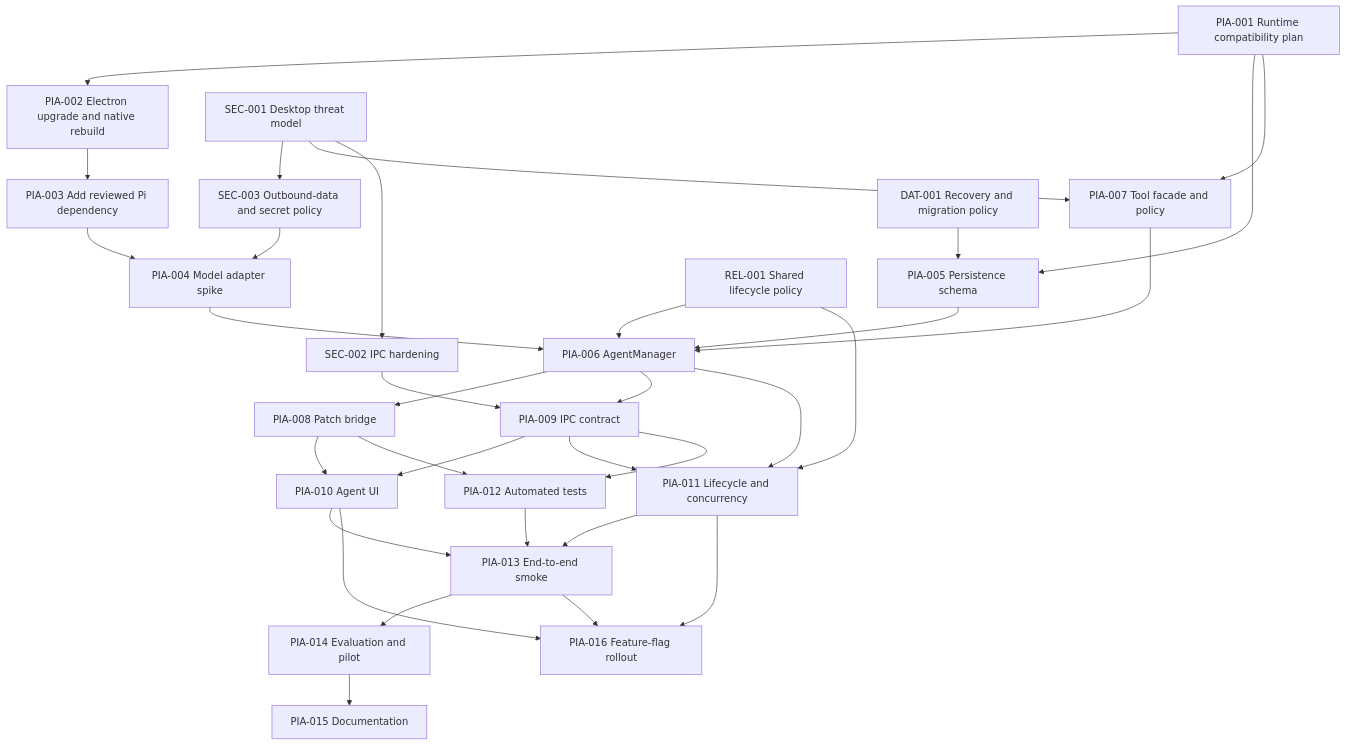
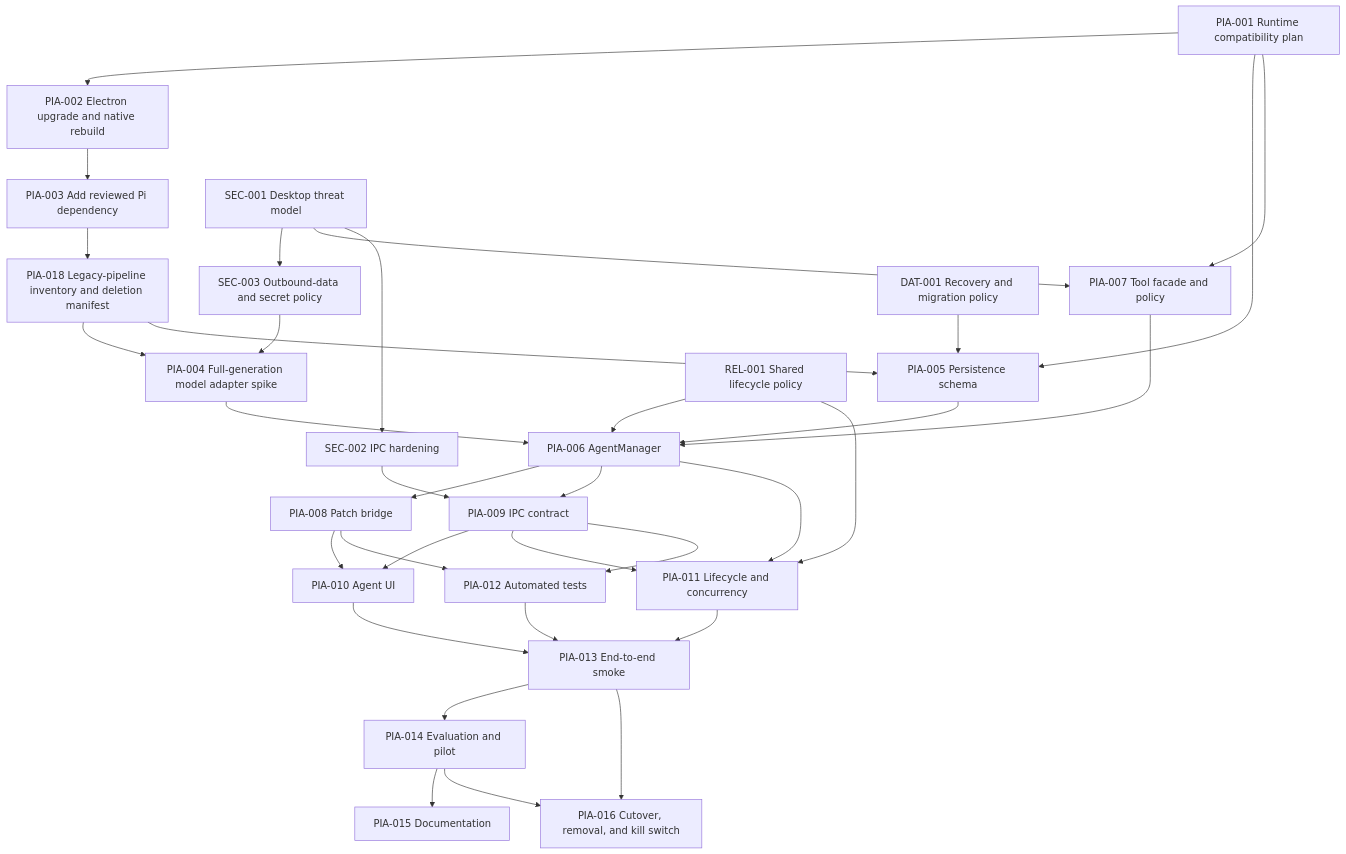
Before and after one commit to ecwu/writellm: the second of 2 diagrams in docs/pi-agent-harness-prd.md, drawn with Mermaid. The commit also changed other lines of this file and 66 other files, not shown here.

````diff
--- a/docs/pi-agent-harness-prd.md
+++ b/docs/pi-agent-harness-prd.md
@@ -327,35 +320,36 @@
 ```mermaid
 flowchart TD
   A["PIA-001 Runtime compatibility plan"] --> B["PIA-002 Electron upgrade and native rebuild"]
   A --> F["PIA-005 Persistence schema"]
   A --> G["PIA-007 Tool facade and policy"]
   B --> C["PIA-003 Add reviewed Pi dependency"]
-  C --> D["PIA-004 Model adapter spike"]
+  C --> X["PIA-018 Legacy-pipeline inventory and deletion manifest"]
+  X --> D["PIA-004 Full-generation model adapter spike"]
+  X --> F
   Q["SEC-003 Outbound-data and secret policy"] --> D
   S["SEC-001 Desktop threat model"] --> Q
   D --> E["PIA-006 AgentManager"]
   F --> E
   R["DAT-001 Recovery and migration policy"] --> F
   G --> E
   S --> G
   T["REL-001 Shared lifecycle policy"] --> E
   E --> H["PIA-008 Patch bridge"]
   E --> I["PIA-009 IPC contract"]
   U["SEC-002 IPC hardening"] --> I
   S --> U
   I --> J["PIA-010 Agent UI"]
   H --> J
   E --> K["PIA-011 Lifecycle and concurrency"]
   I --> K
   T --> K
   H --> L["PIA-012 Automated tests"]
   I --> L
   J --> M["PIA-013 End-to-end smoke"]
   K --> M
   L --> M
   M --> N["PIA-014 Evaluation and pilot"]
   N --> O["PIA-015 Documentation"]
-  J --> P["PIA-016 Feature-flag rollout"]
-  K --> P
+  N --> P["PIA-016 Cutover, removal, and kill switch"]
   M --> P
 ```
````
